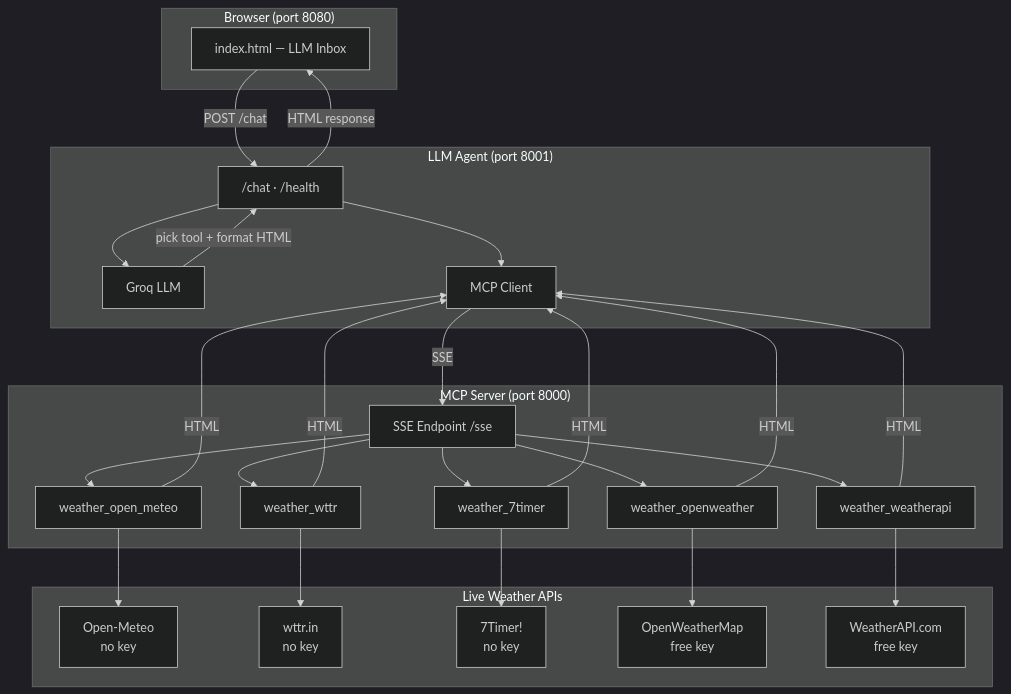
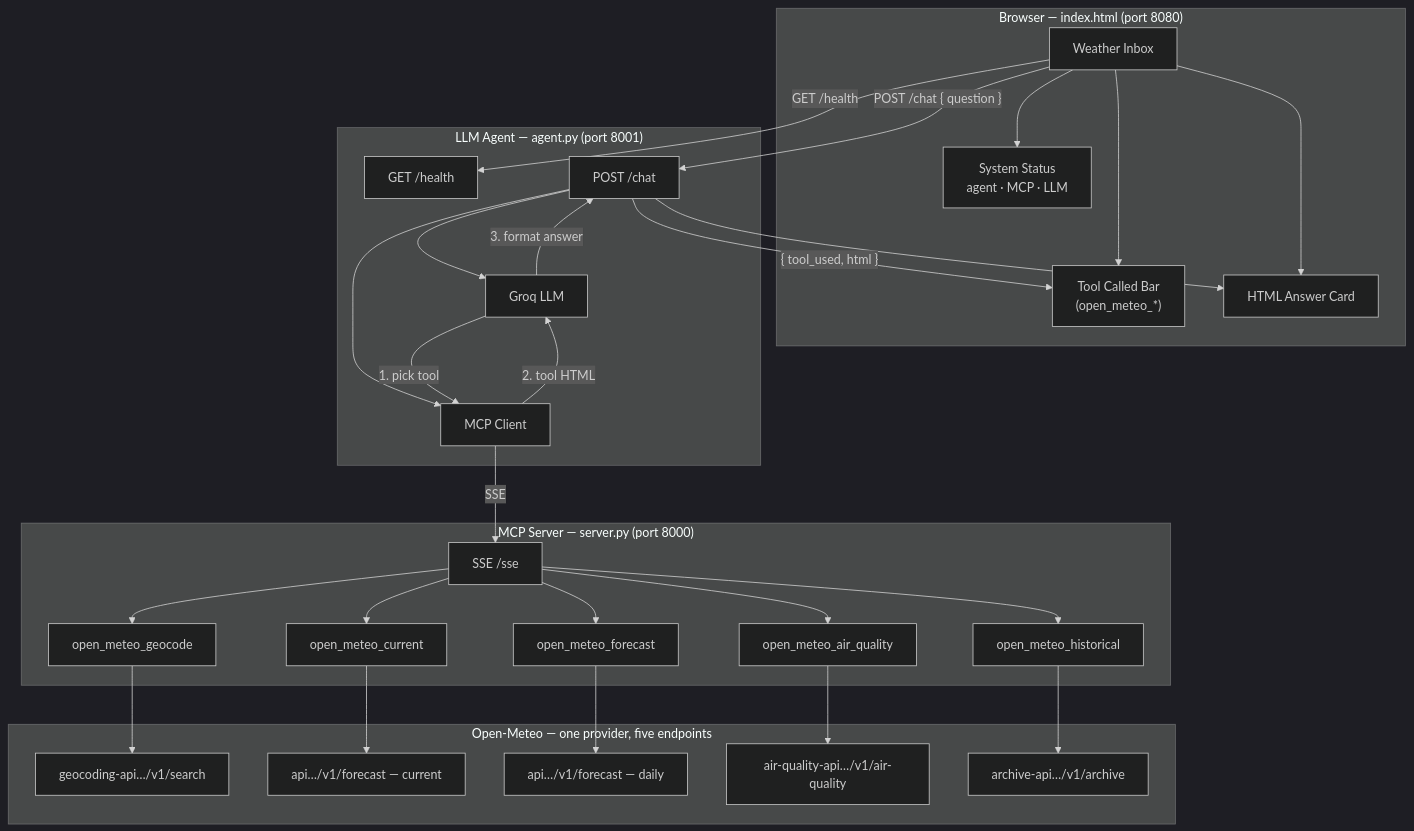
Before and after one commit to RimeetMavani/weather-mcp--build: the first of 2 diagrams in README.md, drawn with Mermaid (dark theme). The commit also changed other lines of this file, not shown here.

````diff
--- a/README.md
+++ b/README.md
@@ -9,43 +11,53 @@
 ```mermaid
 flowchart TB
-    subgraph Browser["Browser (port 8080)"]
-        UI[index.html — LLM Inbox]
+    subgraph Browser["Browser — index.html (port 8080)"]
+        UI[Weather Inbox]
+        Status[System Status\nagent · MCP · LLM]
+        ToolBar["Tool Called Bar\n(open_meteo_*)"]
+        Answer[HTML Answer Card]
+        UI --> Status
+        UI --> ToolBar
+        UI --> Answer
     end
 
-    subgraph Agent["LLM Agent (port 8001)"]
-        API["/chat · /health"]
+    subgraph Agent["LLM Agent — agent.py (port 8001)"]
+        Health["GET /health"]
+        Chat["POST /chat"]
         GROQ[Groq LLM]
         MCPClient[MCP Client]
-        API --> GROQ
-        API --> MCPClient
-        GROQ -->|pick tool + format HTML| API
+        Chat --> GROQ
+        Chat --> MCPClient
+        GROQ -->|"1. pick tool"| MCPClient
+        MCPClient -->|"2. tool HTML"| GROQ
+        GROQ -->|"3. format answer"| Chat
     end
 
-    subgraph MCP["MCP Server (port 8000)"]
-        SSE[SSE Endpoint /sse]
-        T1[weather_open_meteo]
-        T2[weather_wttr]
-        T3[weather_7timer]
-        T4[weather_openweather]
-        T5[weather_weatherapi]
+    subgraph MCP["MCP Server — server.py (port 8000)"]
+        SSE["SSE /sse"]
+        T1[open_meteo_geocode]
+        T2[open_meteo_current]
+        T3[open_meteo_forecast]
+        T4[open_meteo_air_quality]
+        T5[open_meteo_historical]
         SSE --> T1 & T2 & T3 & T4 & T5
     end
 
-    subgraph APIs["Live Weather APIs"]
-        A1[Open-Meteo\nno key]
-        A2[wttr.in\nno key]
-        A3[7Timer!\nno key]
-        A4[OpenWeatherMap\nfree key]
-        A5[WeatherAPI.com\nfree key]
+    subgraph OpenMeteo["Open-Meteo — one provider, five endpoints"]
+        E1["geocoding-api…/v1/search"]
+        E2["api…/v1/forecast — current"]
+        E3["api…/v1/forecast — daily"]
+        E4["air-quality-api…/v1/air-quality"]
+        E5["archive-api…/v1/archive"]
     end
 
-    UI -->|POST /chat| API
+    UI -->|"POST /chat { question }"| Chat
+    UI -->|"GET /health"| Health
     MCPClient -->|SSE| SSE
-    T1 --> A1
-    T2 --> A2
-    T3 --> A3
-    T4 --> A4
-    T5 --> A5
-    T1 & T2 & T3 & T4 & T5 -->|HTML| MCPClient
-    API -->|HTML response| UI
+    T1 --> E1
+    T2 --> E2
+    T3 --> E3
+    T4 --> E4
+    T5 --> E5
+    Chat -->|"{ tool_used, html }"| ToolBar
+    Chat --> Answer
 ```
````
